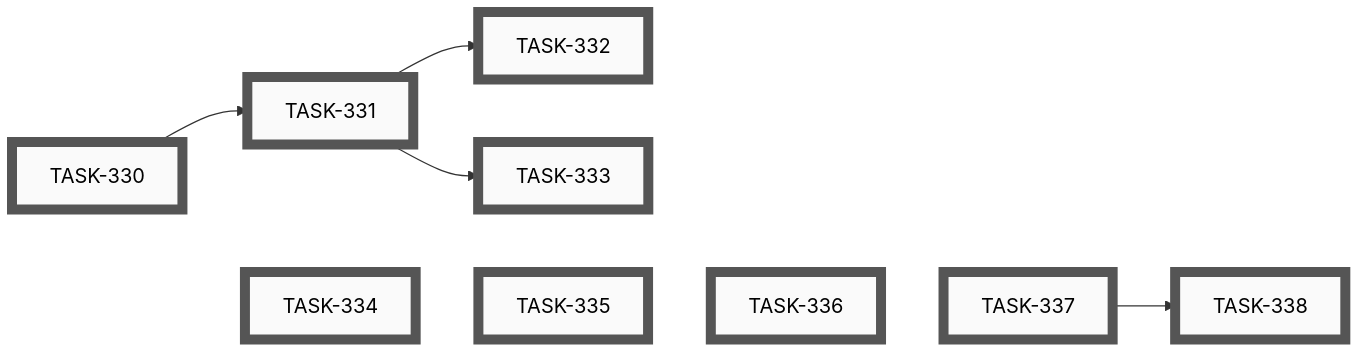
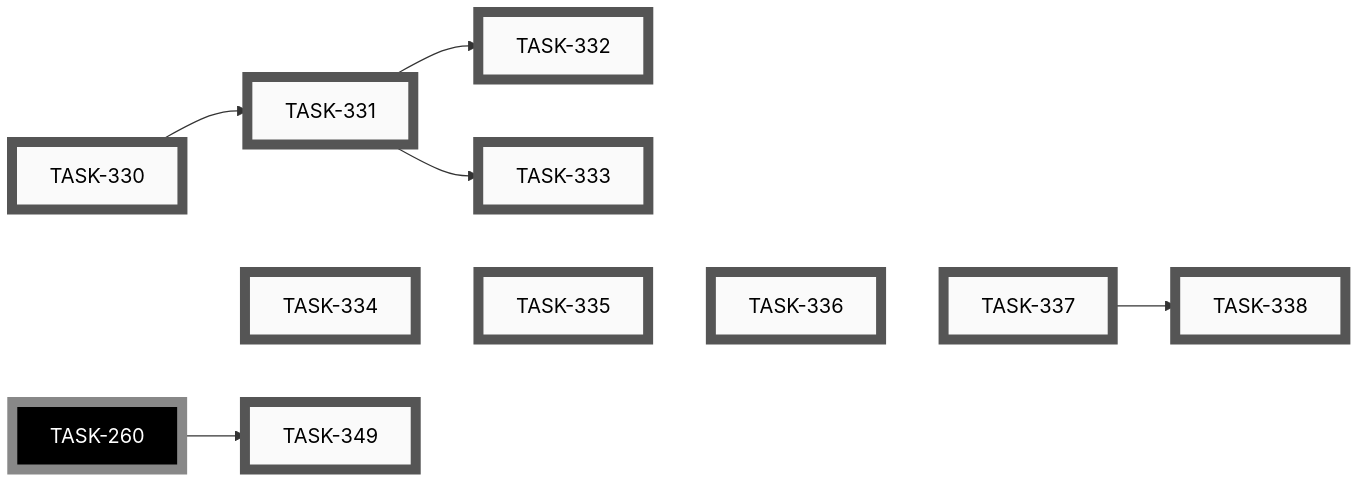
The eighth of 10 diagrams in docs/developers/tasks/EPICS.md (tgd1975/AwesomeStudioPedal), drawn with Mermaid before and after one commit. The commit also changed other lines of this file and 7 other files, not shown here.

````diff
--- a/docs/developers/tasks/EPICS.md
+++ b/docs/developers/tasks/EPICS.md
@@ -296,34 +296,39 @@
 ```mermaid
 graph LR
     TASK_330["TASK-330"]:::open
     TASK_331["TASK-331"]:::open
     TASK_332["TASK-332"]:::open
     TASK_333["TASK-333"]:::open
     TASK_334["TASK-334"]:::open
     TASK_335["TASK-335"]:::open
     TASK_336["TASK-336"]:::open
     TASK_337["TASK-337"]:::open
     TASK_338["TASK-338"]:::open
+    TASK_349["TASK-349"]:::open
+    TASK_260["TASK-260"]:::openExt
     TASK_330 --> TASK_331
     TASK_331 --> TASK_332
     TASK_331 --> TASK_333
     TASK_337 --> TASK_338
+    TASK_260 --> TASK_349
     TASK_330 ~~~ TASK_334 ~~~ TASK_335 ~~~ TASK_336 ~~~ TASK_337
     click TASK_330 "open/task-330-decide-content-page-open-questions.md"
     click TASK_331 "open/task-331-add-info-about-page.md"
     click TASK_332 "open/task-332-add-howto-quickstart-page.md"
     click TASK_333 "open/task-333-add-profiles-troubleshooting-legal-pages.md"
     click TASK_334 "open/task-334-add-startup-splash-screen.md"
     click TASK_335 "open/task-335-add-connection-status-strip-and-details-sheet.md"
     click TASK_336 "open/task-336-add-connected-pedal-page-board-only.md"
     click TASK_337 "open/task-337-firmware-expose-version-config-active-profile.md"
     click TASK_338 "open/task-338-add-hid-display-table-and-live-keystroke-page.md"
+    click TASK_349 "open/task-349-display-unified-version-in-mobile-app.md"
+    click TASK_260 "open/task-260-unify-version-numbers-across-deliverables.md"
     classDef open    fill:#FAFAFA,stroke:#555,stroke-width:8px,color:#000
     classDef active  fill:#FAFAFA,stroke:#1A6FA8,stroke-width:8px,color:#000
     classDef closed  fill:#FAFAFA,stroke:#3F8B53,stroke-width:8px,color:#000
     classDef paused  fill:#FAFAFA,stroke:#B07810,stroke-width:8px,color:#000
     classDef openExt    fill:#000,stroke:#888,stroke-width:8px,color:#FFF
     classDef activeExt  fill:#000,stroke:#3FA9F5,stroke-width:8px,color:#FFF
     classDef closedExt  fill:#000,stroke:#7CC68A,stroke-width:8px,color:#FFF
     classDef pausedExt  fill:#000,stroke:#F0B030,stroke-width:8px,color:#FFF
 ```
````
